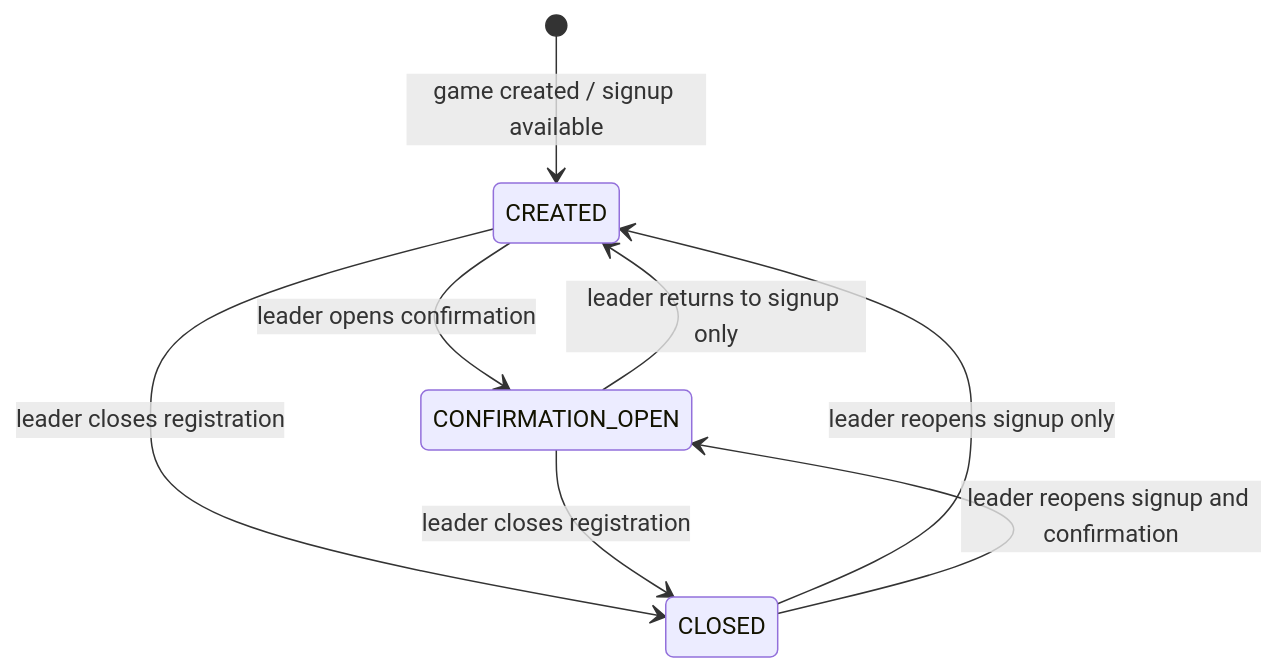
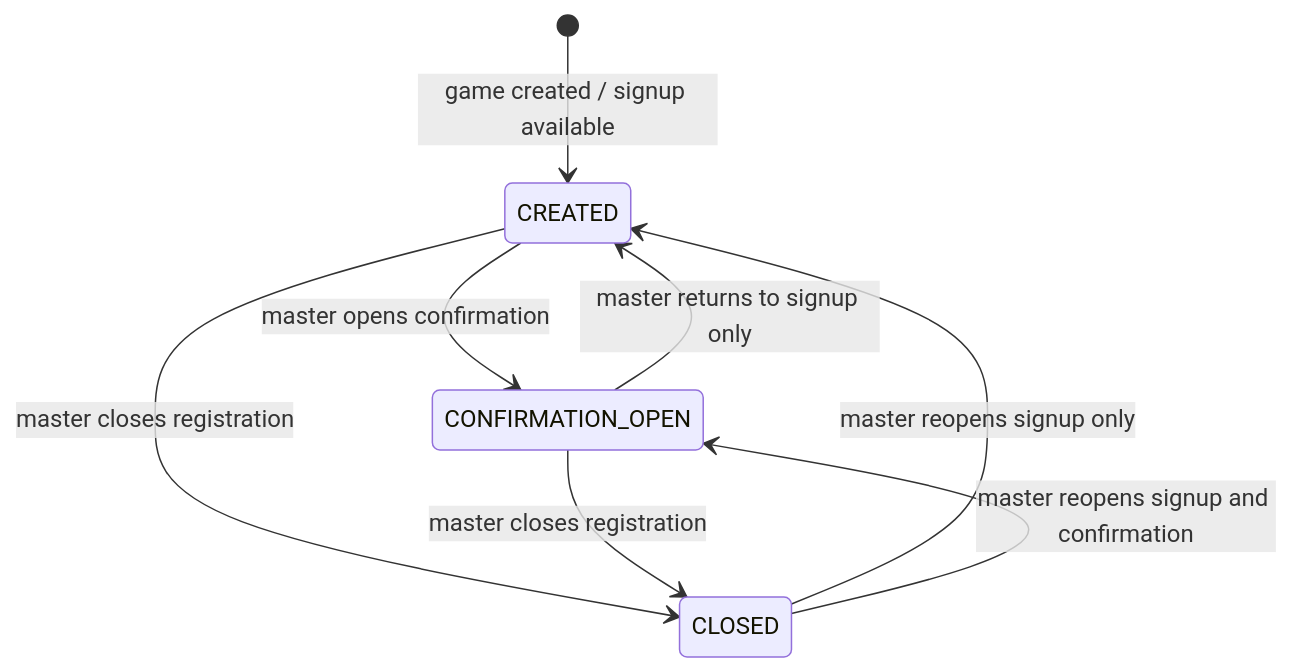
The second of 5 diagrams in README.md (ProfessorLayton322/rolebot-hse), drawn with Mermaid before and after one commit. The commit also changed other lines of this file and 13 other files, not shown here.

````diff
--- a/README.md
+++ b/README.md
@@ -53,10 +53,10 @@
 ```mermaid
 stateDiagram-v2
     [*] --> CREATED: game created / signup available
-    CREATED --> CONFIRMATION_OPEN: leader opens confirmation
-    CREATED --> CLOSED: leader closes registration
-    CONFIRMATION_OPEN --> CREATED: leader returns to signup only
-    CONFIRMATION_OPEN --> CLOSED: leader closes registration
-    CLOSED --> CREATED: leader reopens signup only
-    CLOSED --> CONFIRMATION_OPEN: leader reopens signup and confirmation
+    CREATED --> CONFIRMATION_OPEN: master opens confirmation
+    CREATED --> CLOSED: master closes registration
+    CONFIRMATION_OPEN --> CREATED: master returns to signup only
+    CONFIRMATION_OPEN --> CLOSED: master closes registration
+    CLOSED --> CREATED: master reopens signup only
+    CLOSED --> CONFIRMATION_OPEN: master reopens signup and confirmation
 ```
````
